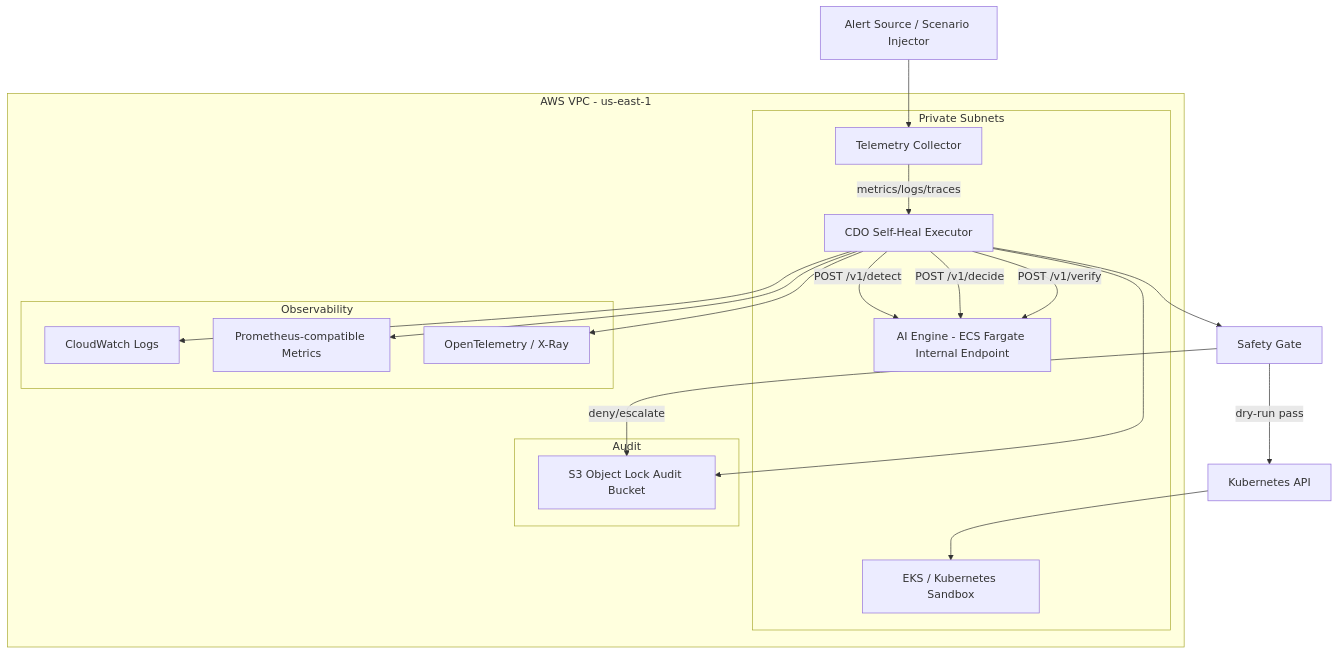
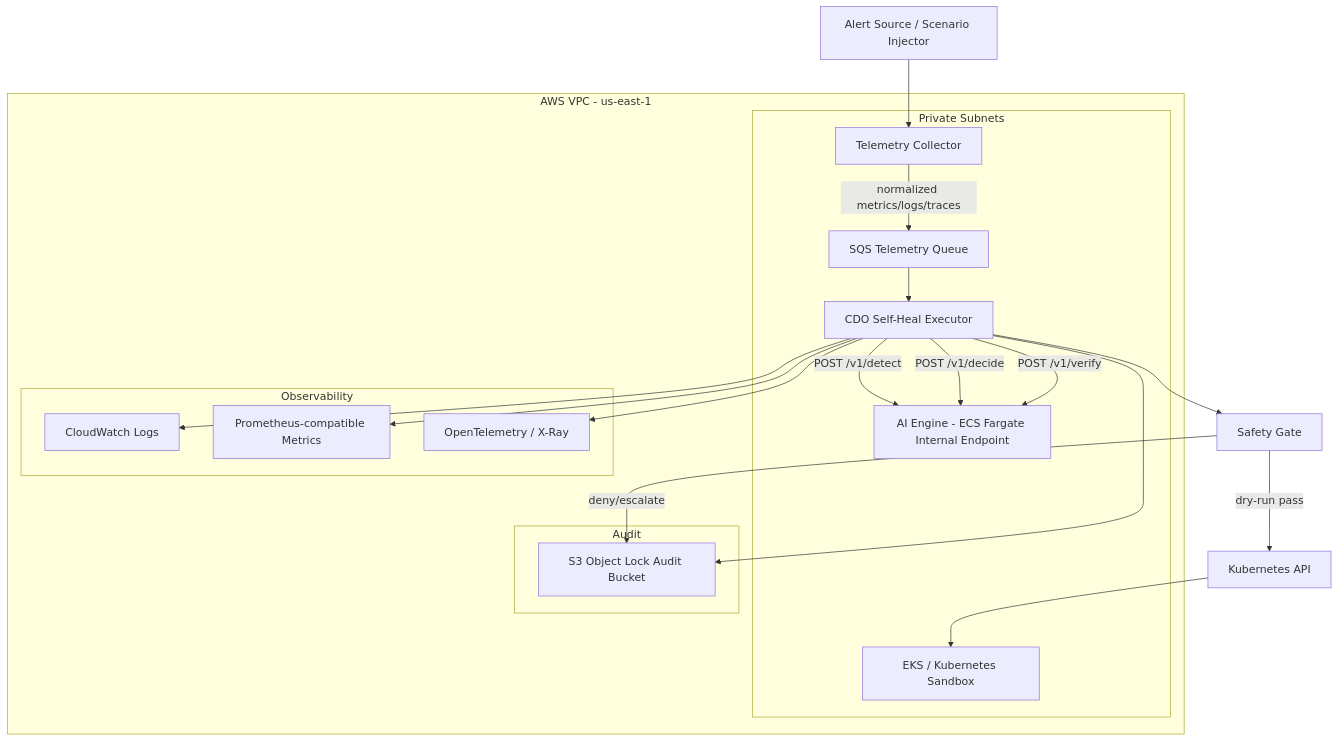
Before and after one commit to nguyenha0112/Self_Heal_AgentAWS: the diagram in docs/02_infra_design.md, drawn with Mermaid. The commit also changed other lines of this file and 3 other files, not shown here.

````diff
--- a/docs/02_infra_design.md
+++ b/docs/02_infra_design.md
@@ -60,35 +60,37 @@
 ```mermaid
 graph TB
     subgraph "AWS VPC - us-east-1"
         subgraph "Private Subnets"
             EKS[EKS / Kubernetes Sandbox]
             EXEC[CDO Self-Heal Executor]
             COLLECTOR[Telemetry Collector]
+            SQS[SQS Telemetry Queue]
             AI[AI Engine - ECS Fargate Internal Endpoint]
         end
 
         subgraph "Observability"
             CW[CloudWatch Logs]
             PROM[Prometheus-compatible Metrics]
             OTEL[OpenTelemetry / X-Ray]
         end
 
         subgraph "Audit"
             S3[S3 Object Lock Audit Bucket]
         end
     end
 
     ALERT[Alert Source / Scenario Injector] --> COLLECTOR
-    COLLECTOR -->|metrics/logs/traces| EXEC
+    COLLECTOR -->|normalized metrics/logs/traces| SQS
+    SQS --> EXEC
     EXEC -->|POST /v1/detect| AI
     EXEC -->|POST /v1/decide| AI
     EXEC --> SAFETY[Safety Gate]
     SAFETY -->|dry-run pass| K8S[Kubernetes API]
     K8S --> EKS
     EXEC -->|POST /v1/verify| AI
     EXEC --> CW
     EXEC --> PROM
     EXEC --> OTEL
     EXEC --> S3
     SAFETY -->|deny/escalate| S3
 ```
````
